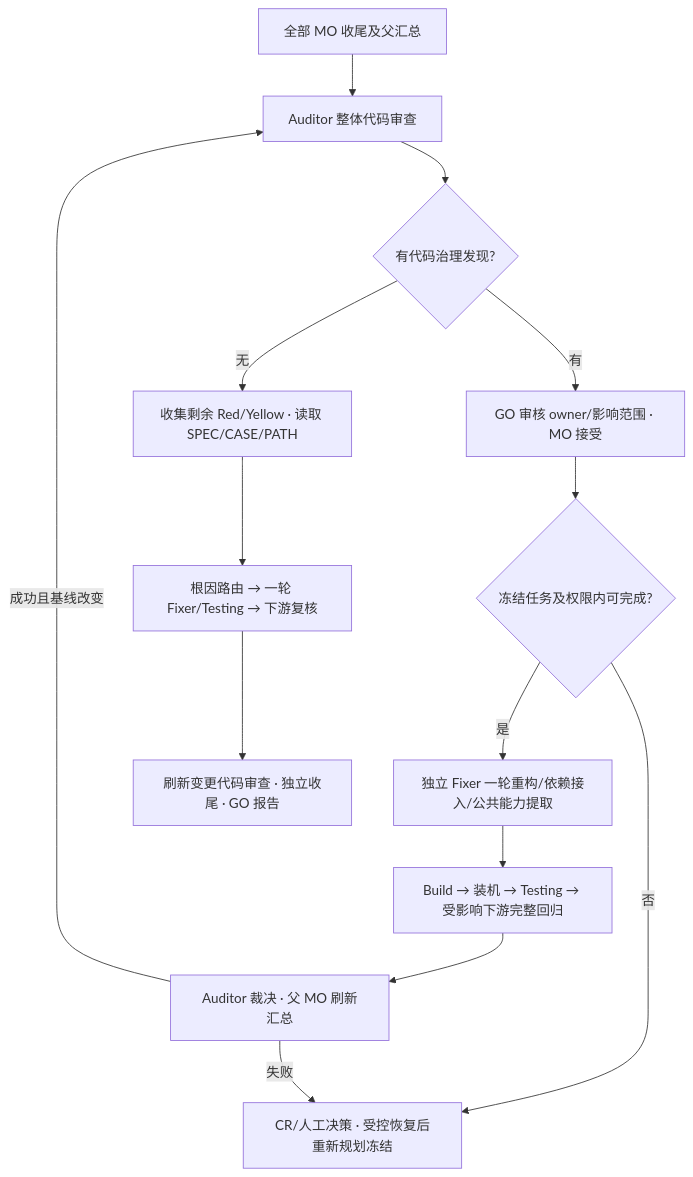
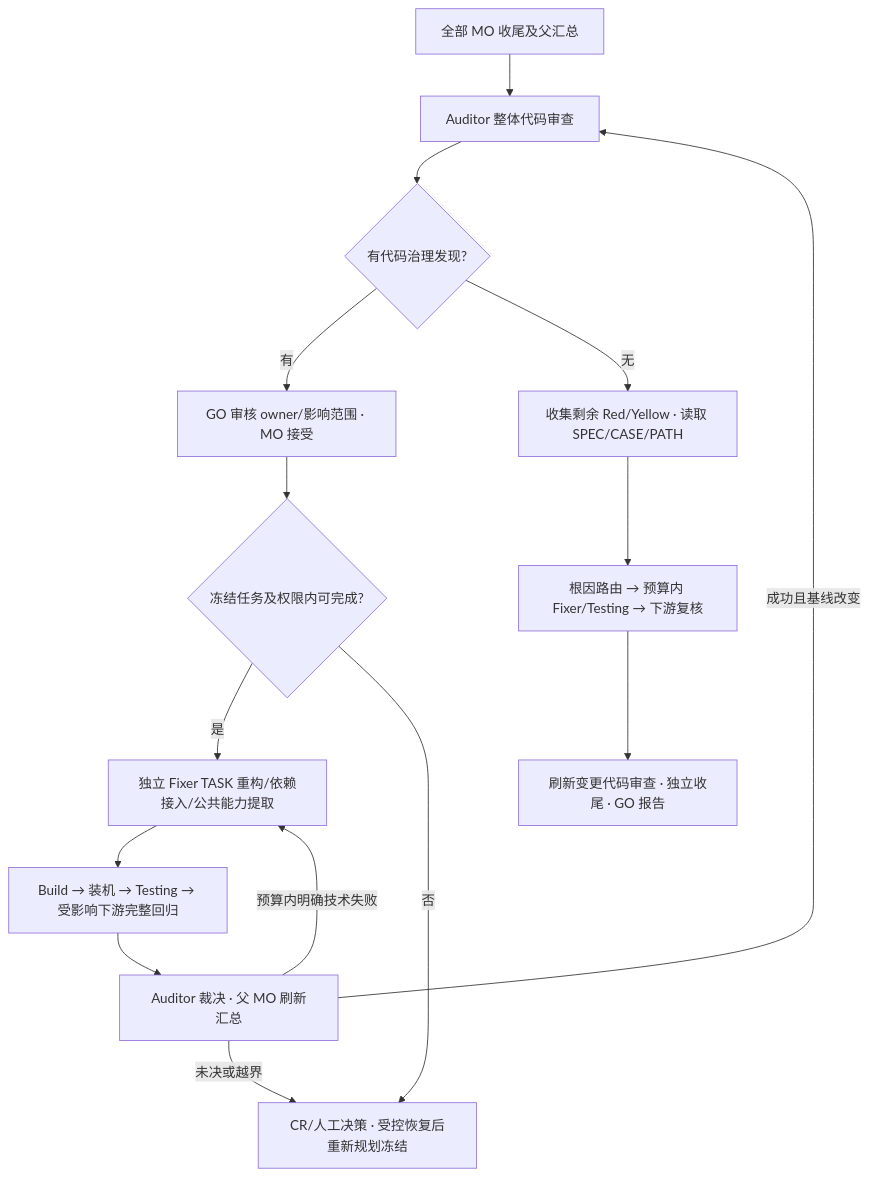
Before and after one commit to winson-AI/SDD-TDD-Migration: the diagram in skills/migration-protocol/references/audit-code-review.md, drawn with Mermaid. The commit also changed other lines of this file and 102 other files, not shown here.

````diff
--- a/skills/migration-protocol/references/audit-code-review.md
+++ b/skills/migration-protocol/references/audit-code-review.md
@@ -7,16 +7,17 @@
 ```mermaid
 flowchart TD
   A[全部 MO 收尾及父汇总] --> B[Auditor 整体代码审查]
   B --> C{有代码治理发现?}
   C -- 有 --> D[GO 审核 owner/影响范围 · MO 接受]
   D --> E{冻结任务及权限内可完成?}
-  E -- 是 --> F[独立 Fixer 一轮重构/依赖接入/公共能力提取]
+  E -- 是 --> F[独立 Fixer TASK 重构/依赖接入/公共能力提取]
   E -- 否 --> H[CR/人工决策 · 受控恢复后重新规划冻结]
   F --> G[Build → 装机 → Testing → 受影响下游完整回归]
   G --> I[Auditor 裁决 · 父 MO 刷新汇总]
   I -- 成功且基线改变 --> B
-  I -- 失败 --> H
+  I -- 预算内明确技术失败 --> F
+  I -- 未决或越界 --> H
   C -- 无 --> J[收集剩余 Red/Yellow · 读取 SPEC/CASE/PATH]
-  J --> K[根因路由 → 一轮 Fixer/Testing → 下游复核]
+  J --> K[根因路由 → 预算内 Fixer/Testing → 下游复核]
   K --> L[刷新变更代码审查 · 独立收尾 · GO 报告]
 ```
````
